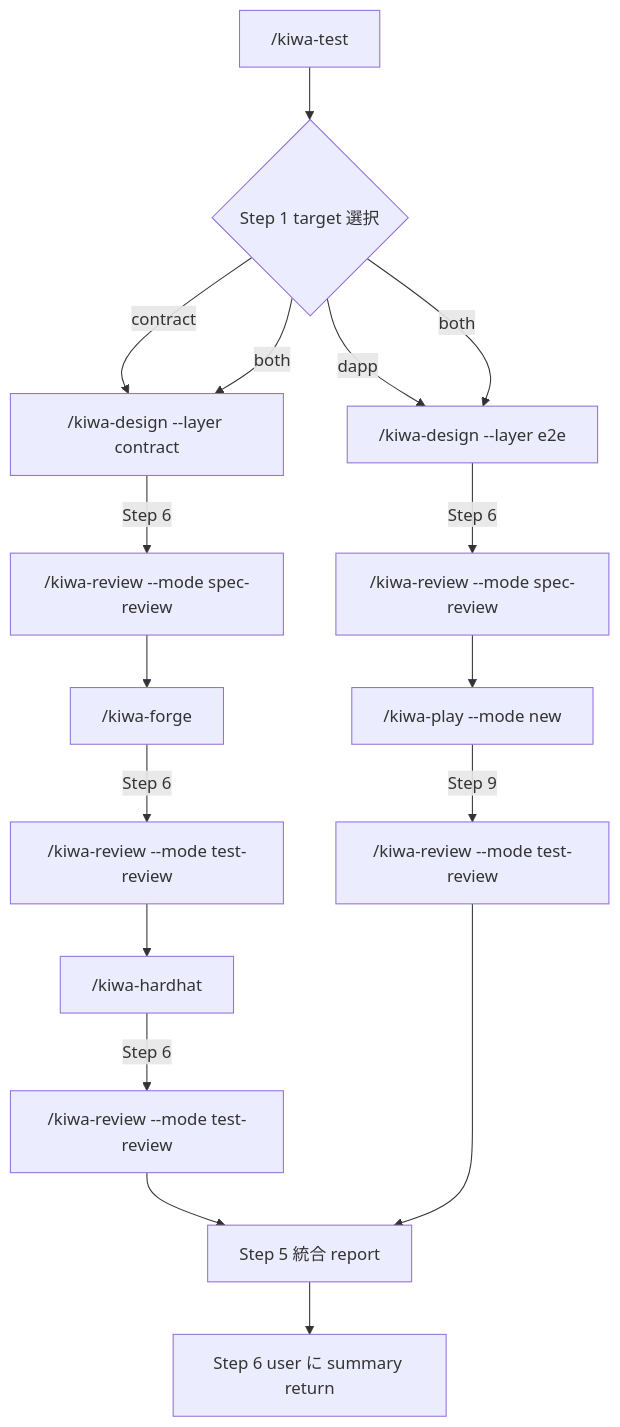
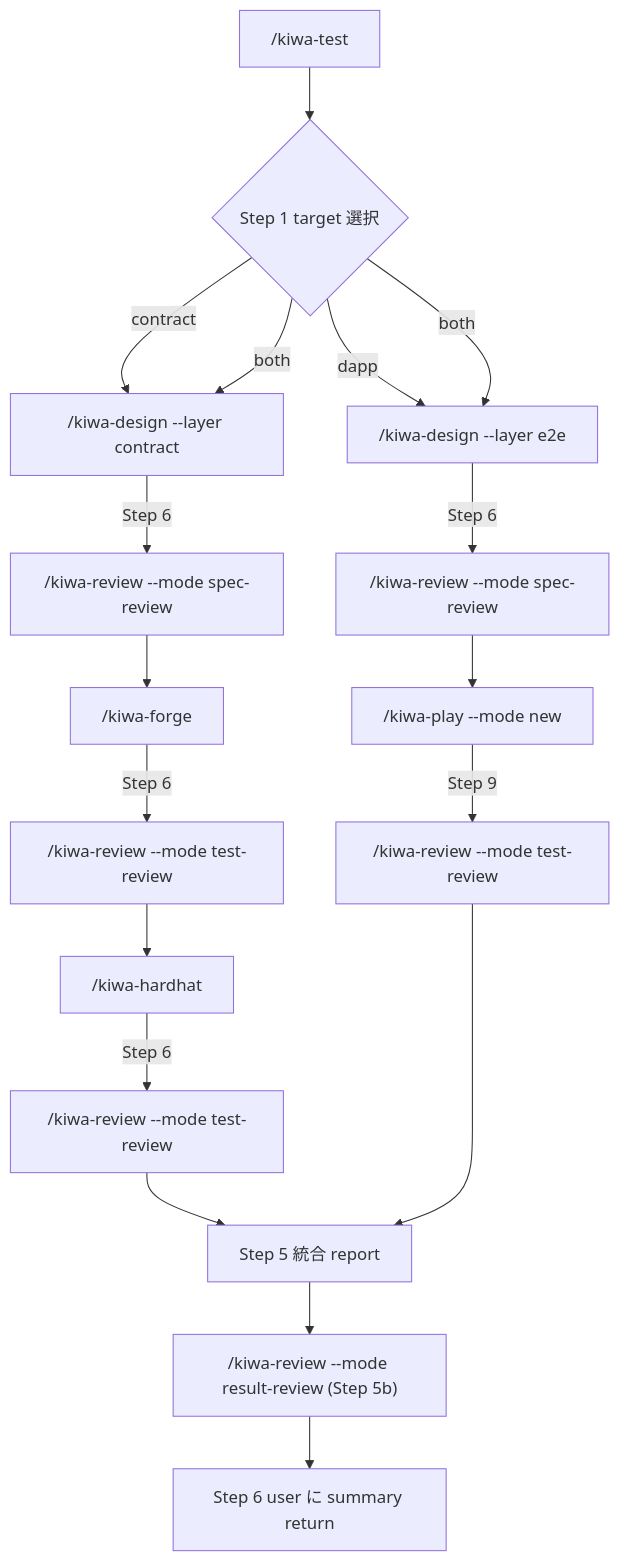
Before and after one commit to cardene777/kiwa: the diagram in .claude/skills/kiwa-test/SKILL.md, drawn with Mermaid. The commit also changed other lines of this file and 5 other files, not shown here.

First line of the commit message:
✨ feat(skills+docs): kiwa-review に result-review mode 追加 + /kiwa-test に組込 + tests/docs/run-tests.ja.md 新規 (#215)

````diff
--- a/.claude/skills/kiwa-test/SKILL.md
+++ b/.claude/skills/kiwa-test/SKILL.md
@@ -215,19 +233,20 @@
 ```mermaid
 graph TD
     A["/kiwa-test"] --> B{Step 1 target 選択}
     B -->|contract| C1["/kiwa-design --layer contract"]
     B -->|dapp| D1["/kiwa-design --layer e2e"]
     B -->|both| C1
     B -->|both| D1
     C1 -->|Step 6| R1["/kiwa-review --mode spec-review"]
     R1 --> C2["/kiwa-forge"]
     C2 -->|Step 6| R2["/kiwa-review --mode test-review"]
     R2 --> C3["/kiwa-hardhat"]
     C3 -->|Step 6| R3["/kiwa-review --mode test-review"]
     D1 -->|Step 6| R4["/kiwa-review --mode spec-review"]
     R4 --> D2["/kiwa-play --mode new"]
     D2 -->|Step 9| R5["/kiwa-review --mode test-review"]
     R3 --> E[Step 5 統合 report]
     R5 --> E
-    E --> F["Step 6 user に summary return"]
+    E --> R6["/kiwa-review --mode result-review (Step 5b)"]
+    R6 --> F["Step 6 user に summary return"]
 ```
````
